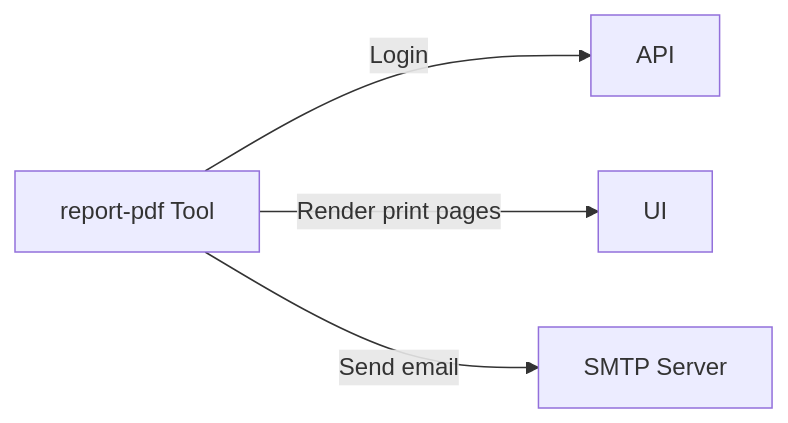
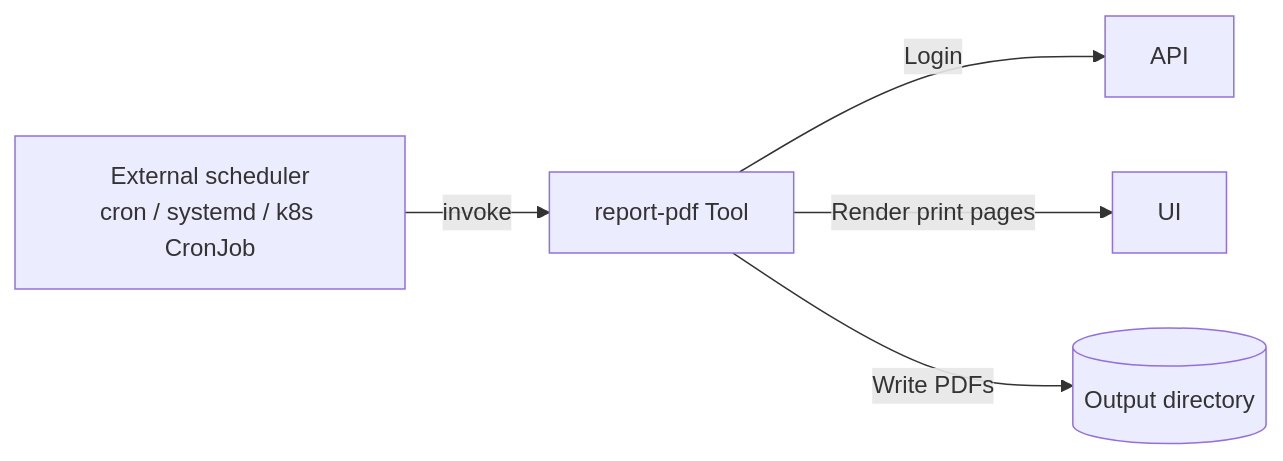
One commit to eenemeene/kitamanager-go changed the second of 2 diagrams in website/content/en/docs/architecture.md. Above: the diagram before and after it, drawn with Mermaid. The commit also changed other lines of this file and 1 other file, not shown here.

First line of the commit message:
docs(architecture): update report-tool diagram for one-shot model

````diff
--- a/website/content/en/docs/architecture.md
+++ b/website/content/en/docs/architecture.md
@@ -67,6 +67,7 @@
 ```mermaid
 graph LR
-    Report[report-pdf Tool] -->|Login| API
+    Scheduler[External scheduler<br/>cron / systemd / k8s CronJob] -->|invoke| Report[report-pdf Tool]
+    Report -->|Login| API
     Report -->|Render print pages| UI
-    Report -->|Send email| SMTP[SMTP Server]
+    Report -->|Write PDFs| Disk[(Output directory)]
 ```
````
